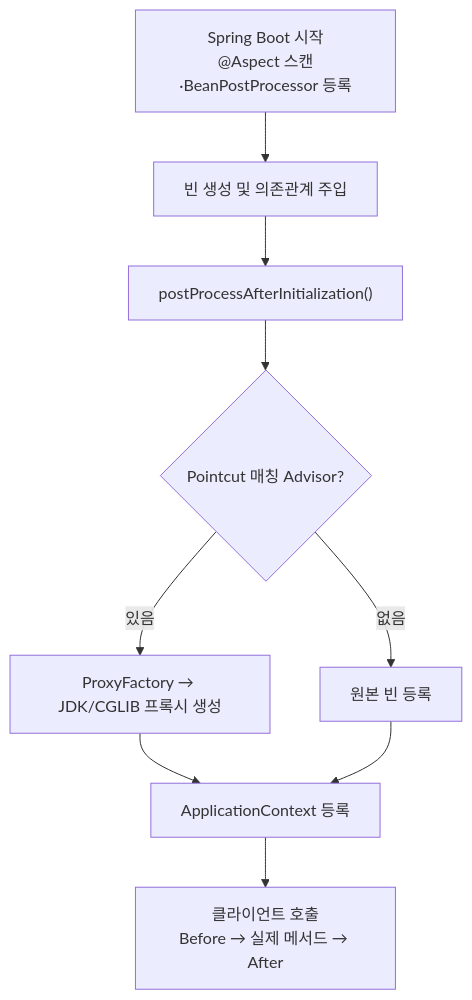
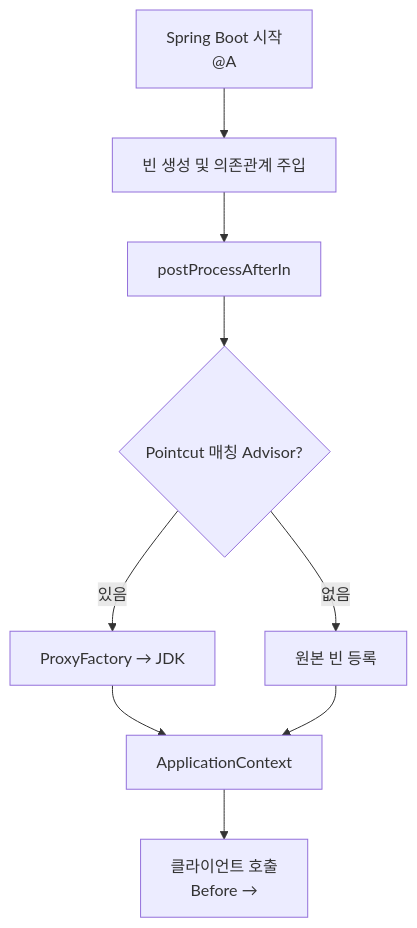
One commit to yjkim2015/yjkim2015.github.io changed diagram 11 of 11 in _posts/spring/2026-05-02-spring-core-advanced.md. Above: the diagram before and after it, drawn with Mermaid. The commit also changed other lines of this file and 271 other files, not shown here.

First line of the commit message:
Mermaid 라벨 축소: 긴 노드 텍스트 18자 이하로 트림 + \n 제거

````diff
--- a/_posts/spring/2026-05-02-spring-core-advanced.md
+++ b/_posts/spring/2026-05-02-spring-core-advanced.md
@@ -713,10 +713,10 @@
 ```mermaid
 flowchart TD
-    A["Spring Boot 시작\n@Aspect 스캔·BeanPostProcessor 등록"] --> B["빈 생성 및 의존관계 주입"]
-    B --> C["postProcessAfterInitialization()"]
+    A["Spring Boot 시작\n@A"] --> B["빈 생성 및 의존관계 주입"]
+    B --> C["postProcessAfterIn"]
     C --> D{"Pointcut 매칭 Advisor?"}
-    D -->|"있음"| E["ProxyFactory → JDK/CGLIB 프록시 생성"]
+    D -->|"있음"| E["ProxyFactory → JDK"]
     D -->|"없음"| F["원본 빈 등록"]
-    E & F --> G["ApplicationContext 등록"]
-    G --> H["클라이언트 호출\nBefore → 실제 메서드 → After"]
+    E & F --> G["ApplicationContext"]
+    G --> H["클라이언트 호출\nBefore →"]
 ```
````
